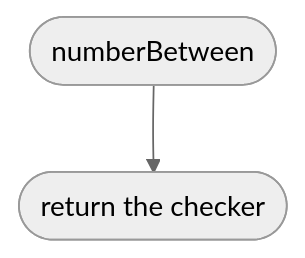
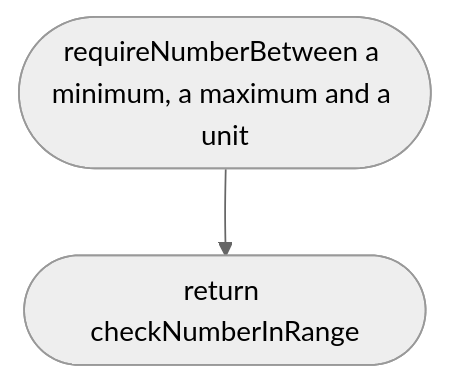
Before and after one commit to NewDara-Star/world-engine: diagram 11 of 37 in docs/designs/src/place/parse.md, drawn with Mermaid (neutral theme). The commit also changed other lines of this file and 9 other files, not shown here.

````diff
--- a/docs/designs/src/place/parse.md
+++ b/docs/designs/src/place/parse.md
@@ -107,6 +164,6 @@
 ```mermaid
 flowchart TD
-  s(["numberBetween"])
-  a(["return the checker"])
+  s(["requireNumberBetween a minimum, a maximum and a unit"])
+  a(["return checkNumberInRange"])
   s --> a
 ```
````
